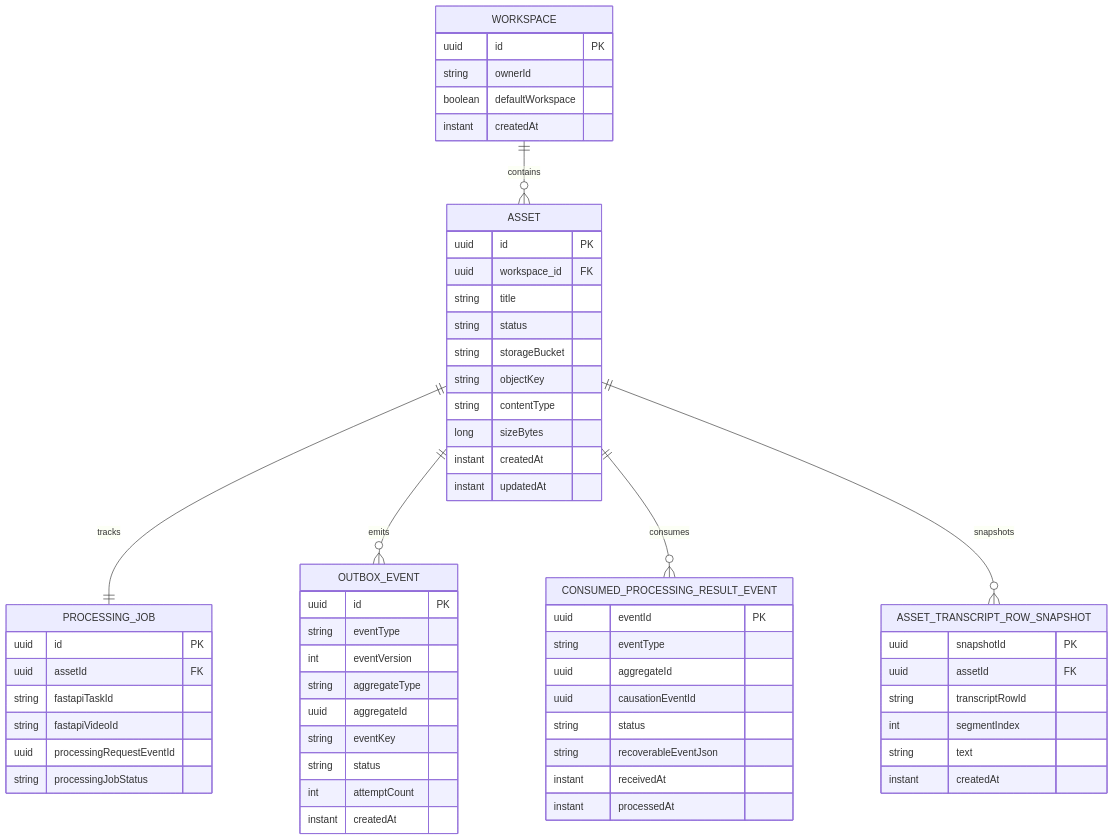
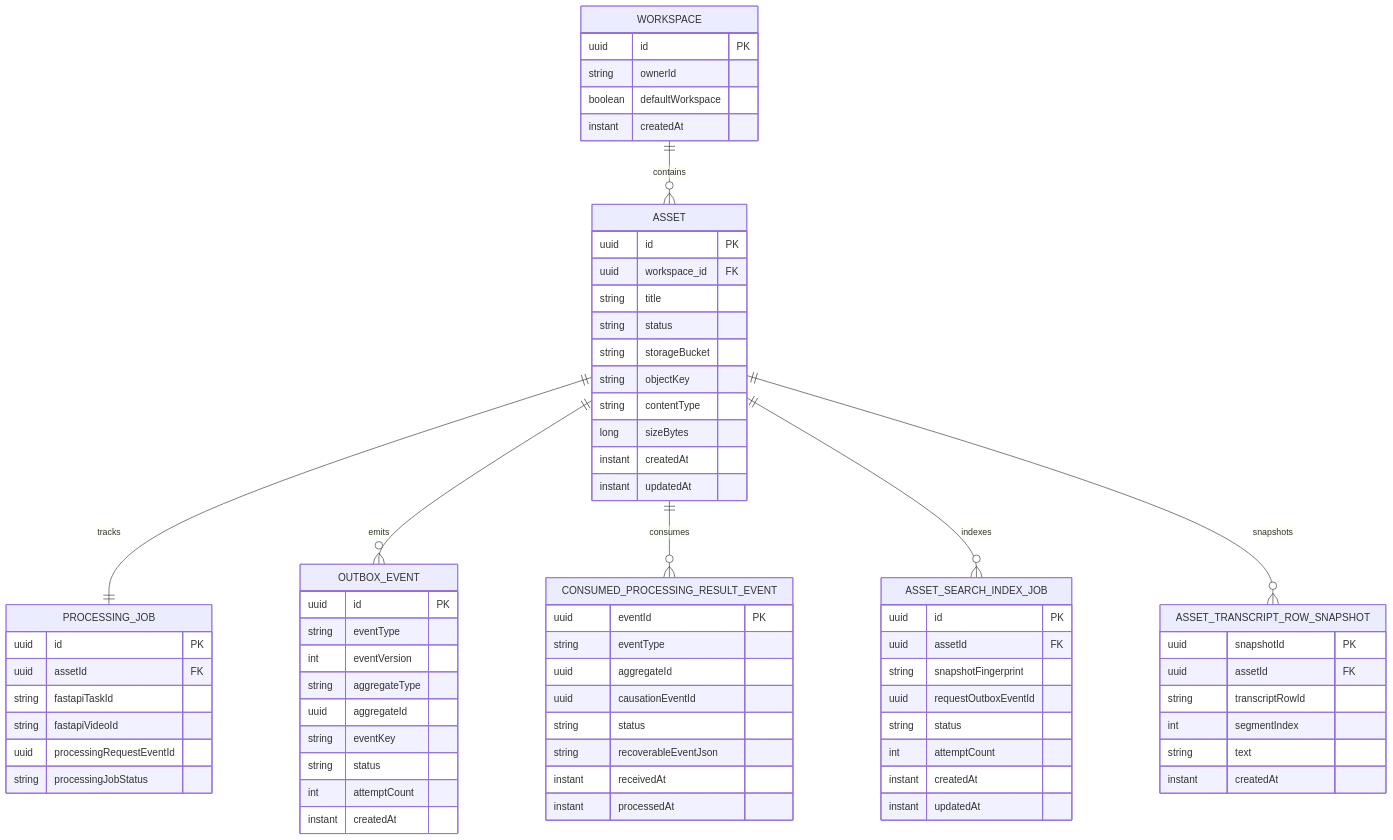
Before and after one commit to quangducnguyen1205/ai-knowledge-workspace: the first of 2 diagrams in docs/data/Database.md, drawn with Mermaid. The commit also changed other lines of this file and 51 other files, not shown here.

````diff
--- a/docs/data/Database.md
+++ b/docs/data/Database.md
@@ -45,69 +48,81 @@
 ```mermaid
 erDiagram
     WORKSPACE ||--o{ ASSET : contains
     ASSET ||--|| PROCESSING_JOB : tracks
     ASSET ||--o{ OUTBOX_EVENT : emits
     ASSET ||--o{ CONSUMED_PROCESSING_RESULT_EVENT : consumes
+    ASSET ||--o{ ASSET_SEARCH_INDEX_JOB : indexes
     ASSET ||--o{ ASSET_TRANSCRIPT_ROW_SNAPSHOT : snapshots
 
     WORKSPACE {
         uuid id PK
         string ownerId
         boolean defaultWorkspace
         instant createdAt
     }
 
     ASSET {
         uuid id PK
         uuid workspace_id FK
         string title
         string status
         string storageBucket
         string objectKey
         string contentType
         long sizeBytes
         instant createdAt
         instant updatedAt
     }
 
     PROCESSING_JOB {
         uuid id PK
         uuid assetId FK
         string fastapiTaskId
         string fastapiVideoId
         uuid processingRequestEventId
         string processingJobStatus
     }
 
     OUTBOX_EVENT {
         uuid id PK
         string eventType
         int eventVersion
         string aggregateType
         uuid aggregateId
         string eventKey
         string status
         int attemptCount
         instant createdAt
     }
 
     CONSUMED_PROCESSING_RESULT_EVENT {
         uuid eventId PK
         string eventType
         uuid aggregateId
         uuid causationEventId
         string status
         string recoverableEventJson
         instant receivedAt
         instant processedAt
     }
 
+    ASSET_SEARCH_INDEX_JOB {
+        uuid id PK
+        uuid assetId FK
+        string snapshotFingerprint
+        uuid requestOutboxEventId
+        string status
+        int attemptCount
+        instant createdAt
+        instant updatedAt
+    }
+
     ASSET_TRANSCRIPT_ROW_SNAPSHOT {
         uuid snapshotId PK
         uuid assetId FK
         string transcriptRowId
         int segmentIndex
         string text
         instant createdAt
     }
 ```
````
